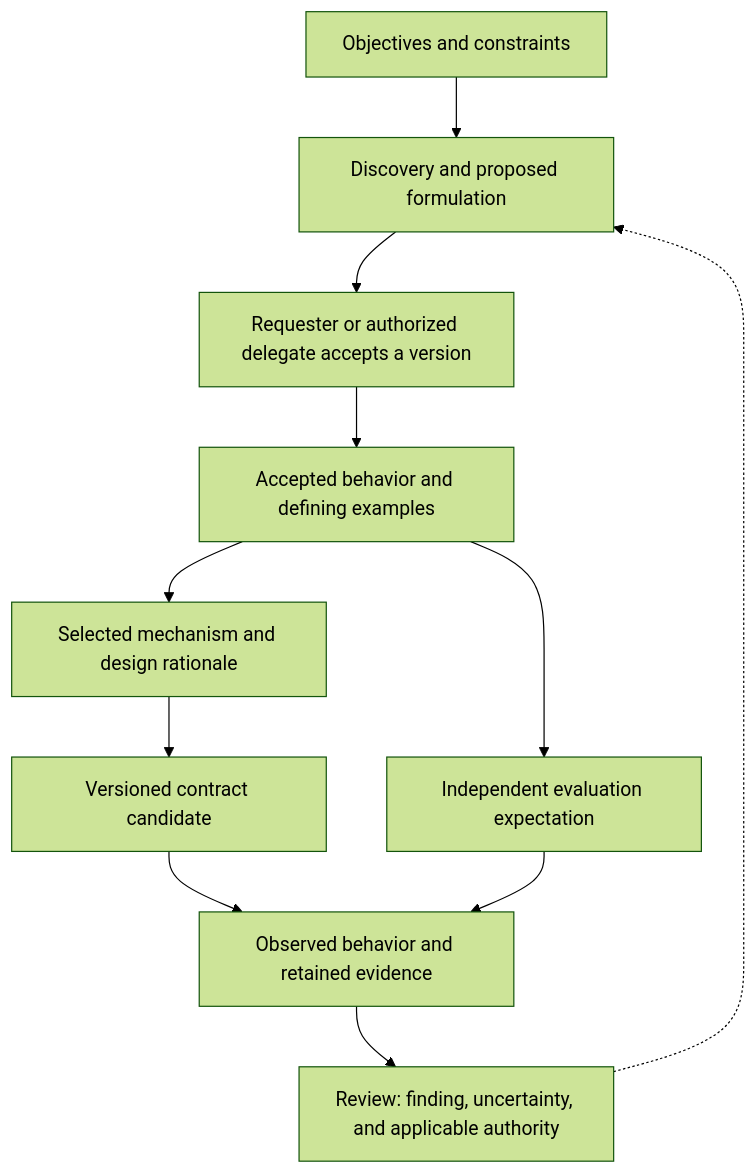
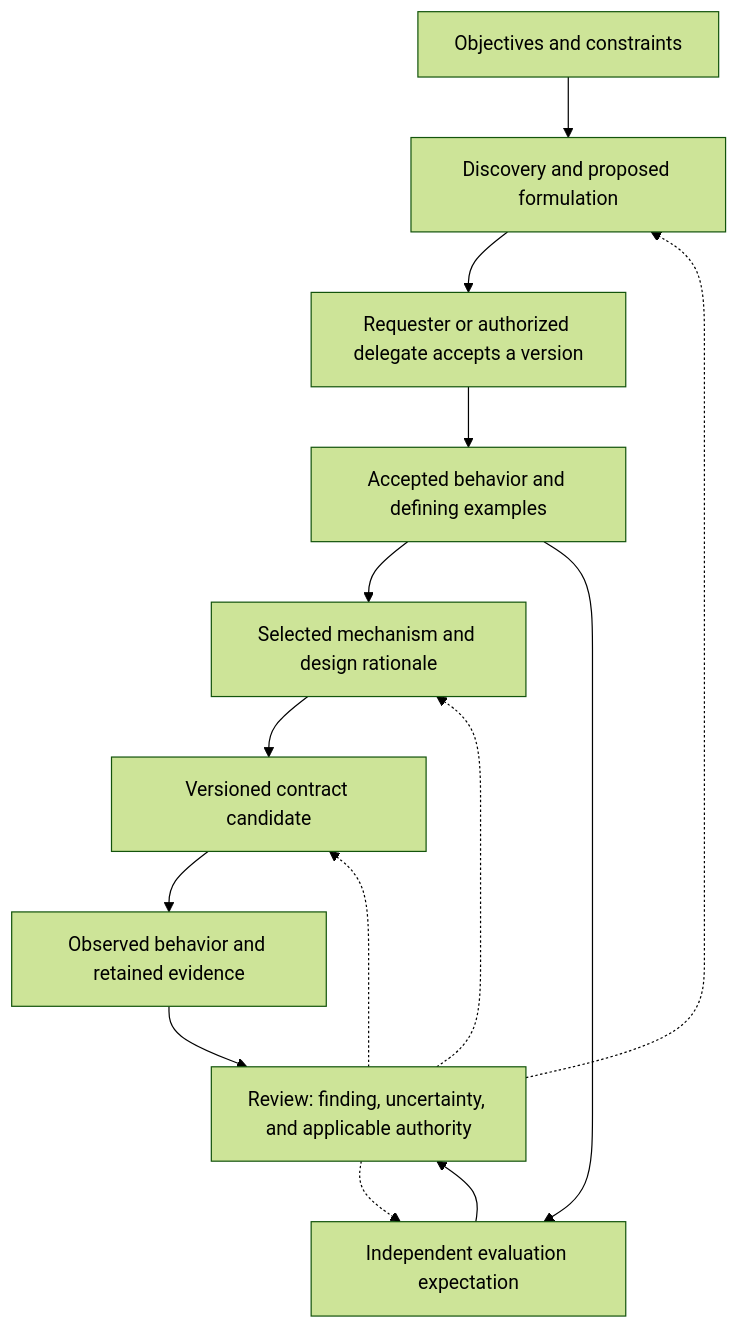
One commit to indisoluble/AGENTS-spec changed the diagram in docs/authority-and-change.md. Above: the diagram before and after it, drawn with Mermaid (forest theme). The commit also changed other lines of this file and 2 other files, not shown here.

````diff
--- a/docs/authority-and-change.md
+++ b/docs/authority-and-change.md
@@ -25,13 +33,16 @@
 ```mermaid
 flowchart TD
     O["Objectives and constraints"] --> D["Discovery and proposed formulation"]
     D --> H["Requester or authorized delegate accepts a version"]
     H --> R["Accepted behavior and defining examples"]
     R --> M["Selected mechanism and design rationale"]
     R --> E["Independent evaluation expectation"]
     M --> C["Versioned contract candidate"]
     C --> X["Observed behavior and retained evidence"]
-    E --> X
     X --> V["Review: finding, uncertainty, and applicable authority"]
+    E --> V
     V -.-> D
+    V -.-> M
+    V -.-> C
+    V -.-> E
 ```
````
